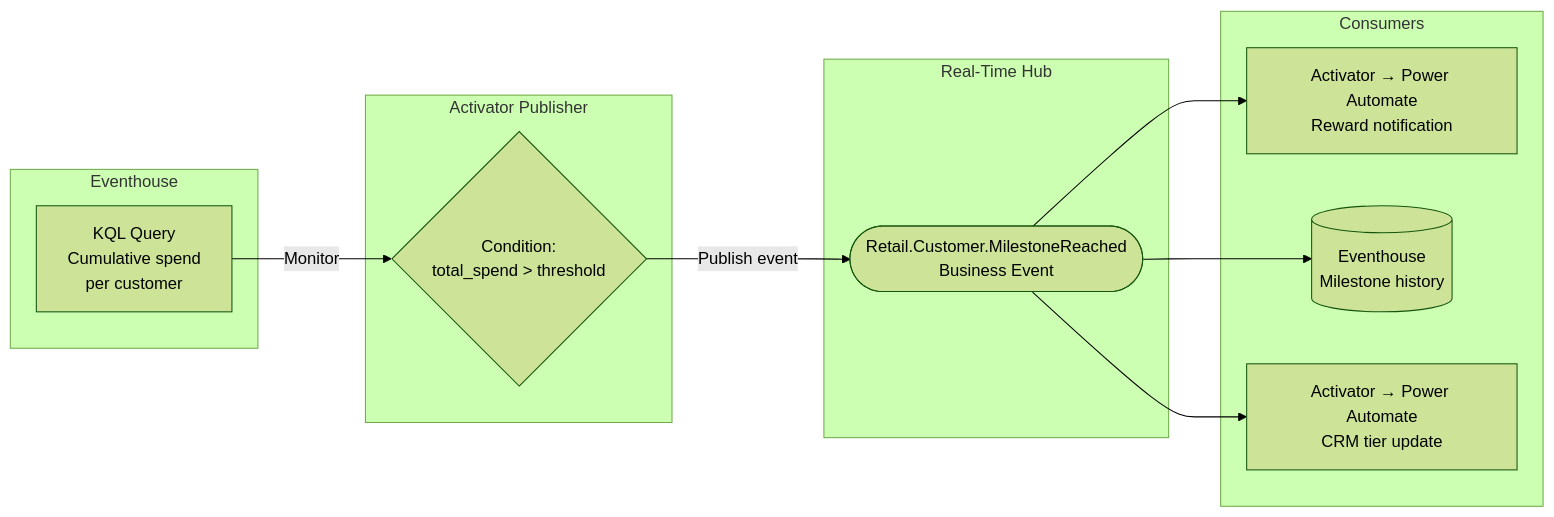
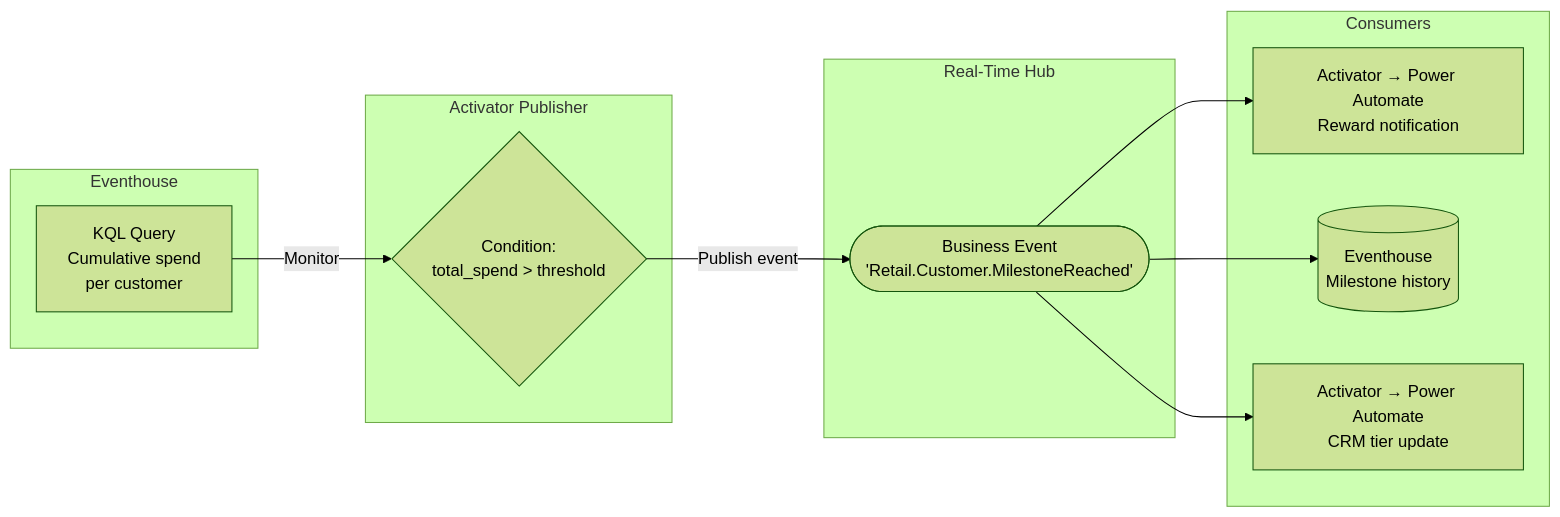
The diagram in docs/business-events/scenarios/scenario-05-loyalty-milestone/README.md (microsoft/fabric-events), drawn with Mermaid (forest theme) before and after one commit. The commit also changed other lines of this file and 9 other files, not shown here.

First line of the commit message:
Standardize Business Event diagram nodes across all articles

````diff
--- a/docs/business-events/scenarios/scenario-05-loyalty-milestone/README.md
+++ b/docs/business-events/scenarios/scenario-05-loyalty-milestone/README.md
@@ -19,26 +19,26 @@
 ```mermaid
 flowchart LR
     subgraph Eventhouse
         KQL[KQL Query\nCumulative spend\nper customer]
     end
 
     subgraph Activator Publisher
         RULE1{Condition:\ntotal_spend > threshold}
     end
 
     subgraph Real-Time Hub
-        BE([Retail.Customer.MilestoneReached\nBusiness Event])
+        BE([Business Event\n'Retail.Customer.MilestoneReached'])
     end
 
     subgraph Consumers
         PA[Activator → Power Automate\nReward notification]
         EH[(Eventhouse\nMilestone history)]
         CRM[Activator → Power Automate\nCRM tier update]
     end
 
     KQL -->|Monitor| RULE1
     RULE1 -->|Publish event| BE
     BE --> PA
     BE --> EH
     BE --> CRM
 ```
````
